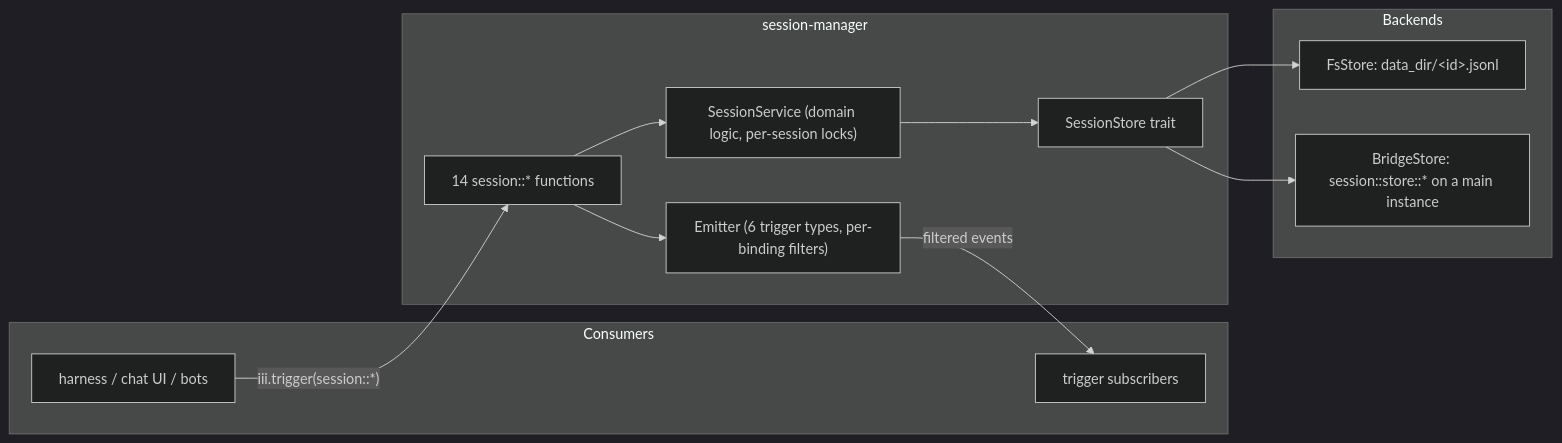
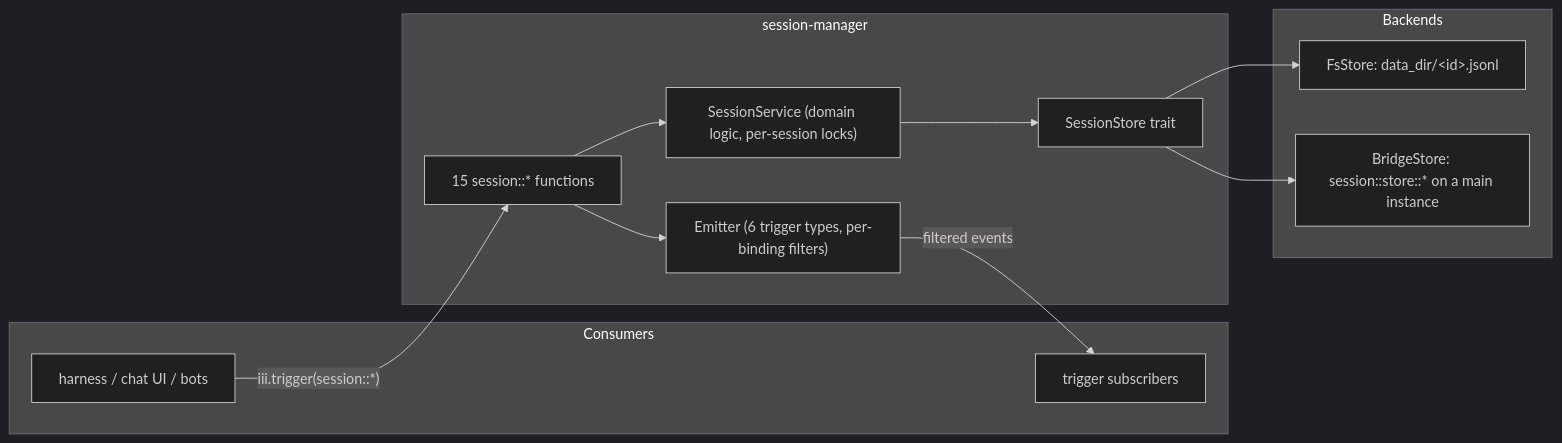
One commit to iii-hq/workers changed the diagram in session-manager/architecture/README.md. Above: the diagram before and after it, drawn with Mermaid (dark theme). The commit also changed other lines of this file and 112 other files, not shown here.

````diff
--- a/session-manager/architecture/README.md
+++ b/session-manager/architecture/README.md
@@ -38,22 +39,22 @@
 ```mermaid
 flowchart LR
   subgraph consumers [Consumers]
     harness[harness / chat UI / bots]
     subs[trigger subscribers]
   end
   subgraph worker [session-manager]
-    fns["14 session::* functions"]
+    fns["15 session::* functions"]
     svc["SessionService (domain logic, per-session locks)"]
     emit["Emitter (6 trigger types, per-binding filters)"]
     storeTrait[SessionStore trait]
   end
   subgraph backends [Backends]
     fsStore["FsStore: data_dir/&lt;id&gt;.jsonl"]
     bridgeStore["BridgeStore: session::store::* on a main instance"]
   end
   harness -->|"iii.trigger(session::*)"| fns
   fns --> svc --> storeTrait
   storeTrait --> fsStore
   storeTrait --> bridgeStore
   fns --> emit -->|"filtered events"| subs
 ```
````
